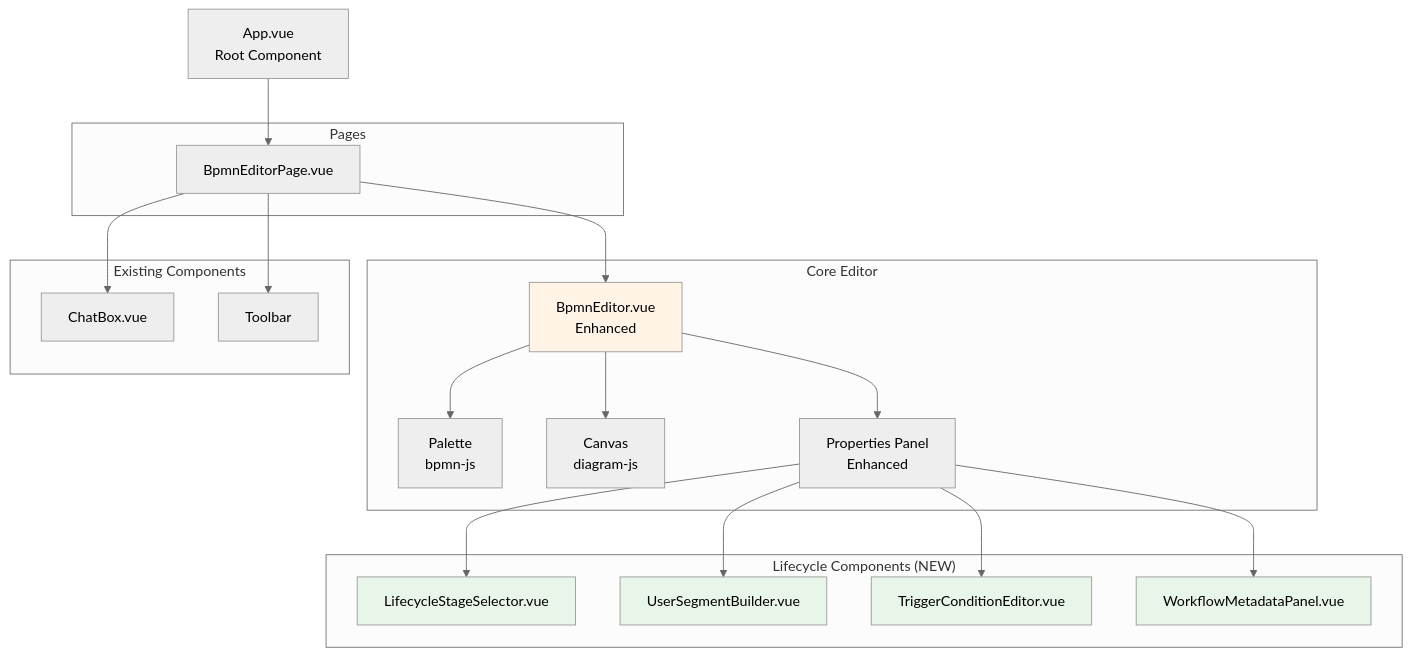
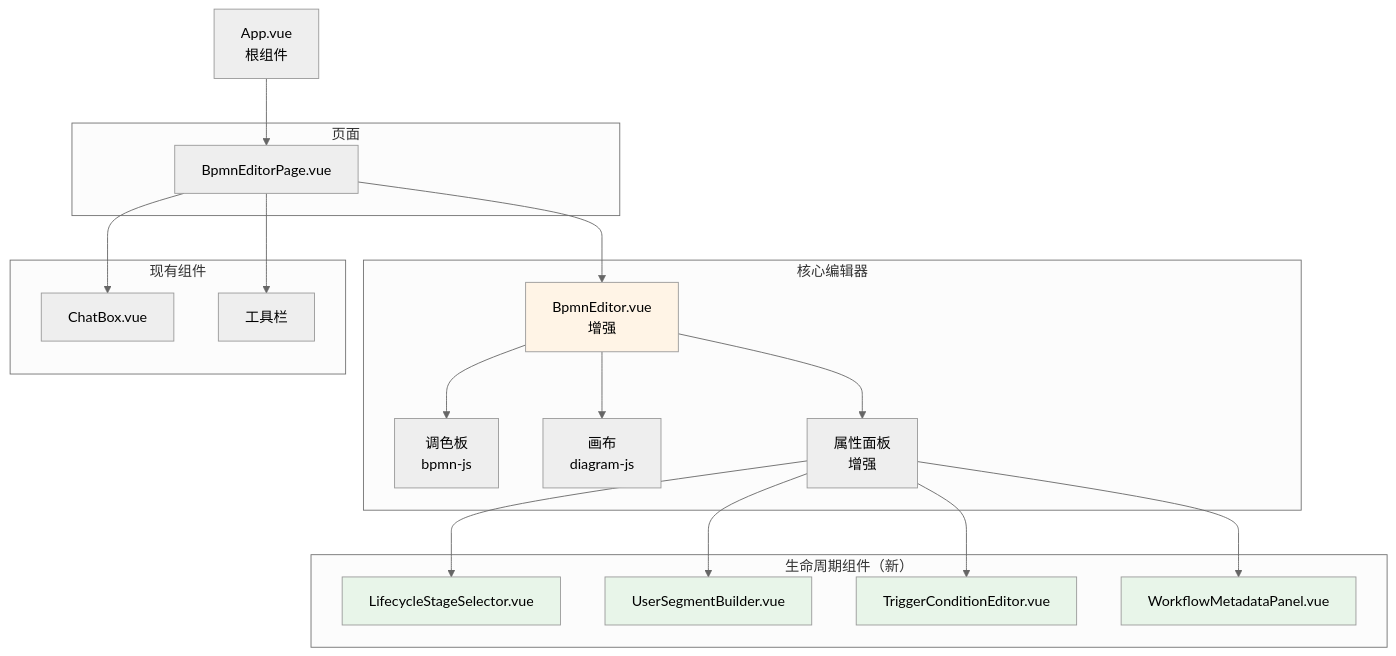
Before and after one commit to liushuai0109/workflow-engine: the third of 14 diagrams in openspec/changes/archive/2025-12-19-add-lifecycle-operations-foundation/ARCHITECTURE.md, drawn with Mermaid (neutral theme). The commit also changed other lines of this file and 12 other files, not shown here.

````diff
--- a/openspec/changes/archive/2025-12-19-add-lifecycle-operations-foundation/ARCHITECTURE.md
+++ b/openspec/changes/archive/2025-12-19-add-lifecycle-operations-foundation/ARCHITECTURE.md
@@ -106,47 +106,47 @@
 ```mermaid
 graph TD
-    App[App.vue<br/>Root Component]
+    App[App.vue<br/>根组件]
 
-    subgraph "Pages"
+    subgraph "页面"
         BpmnPage[BpmnEditorPage.vue]
     end
 
-    subgraph "Core Editor"
-        BpmnEditor[BpmnEditor.vue<br/>Enhanced]
-        Palette[Palette<br/>bpmn-js]
-        Canvas[Canvas<br/>diagram-js]
-        PropsPanel[Properties Panel<br/>Enhanced]
+    subgraph "核心编辑器"
+        BpmnEditor[BpmnEditor.vue<br/>增强]
+        Palette[调色板<br/>bpmn-js]
+        Canvas[画布<br/>diagram-js]
+        PropsPanel[属性面板<br/>增强]
     end
 
-    subgraph "Lifecycle Components (NEW)"
+    subgraph "生命周期组件（新）"
         StageSelector[LifecycleStageSelector.vue]
         SegmentBuilder[UserSegmentBuilder.vue]
         TriggerEditor[TriggerConditionEditor.vue]
         MetadataPanel[WorkflowMetadataPanel.vue]
     end
 
-    subgraph "Existing Components"
+    subgraph "现有组件"
         ChatBox[ChatBox.vue]
-        Toolbar[Toolbar]
+        Toolbar[工具栏]
     end
 
     App --> BpmnPage
     BpmnPage --> BpmnEditor
     BpmnPage --> Toolbar
     BpmnPage --> ChatBox
 
     BpmnEditor --> Palette
     BpmnEditor --> Canvas
     BpmnEditor --> PropsPanel
 
     PropsPanel --> StageSelector
     PropsPanel --> SegmentBuilder
     PropsPanel --> TriggerEditor
     PropsPanel --> MetadataPanel
 
     style BpmnEditor fill:#fff4e6
     style StageSelector fill:#e8f5e9
     style SegmentBuilder fill:#e8f5e9
     style TriggerEditor fill:#e8f5e9
     style MetadataPanel fill:#e8f5e9
 ```
````
